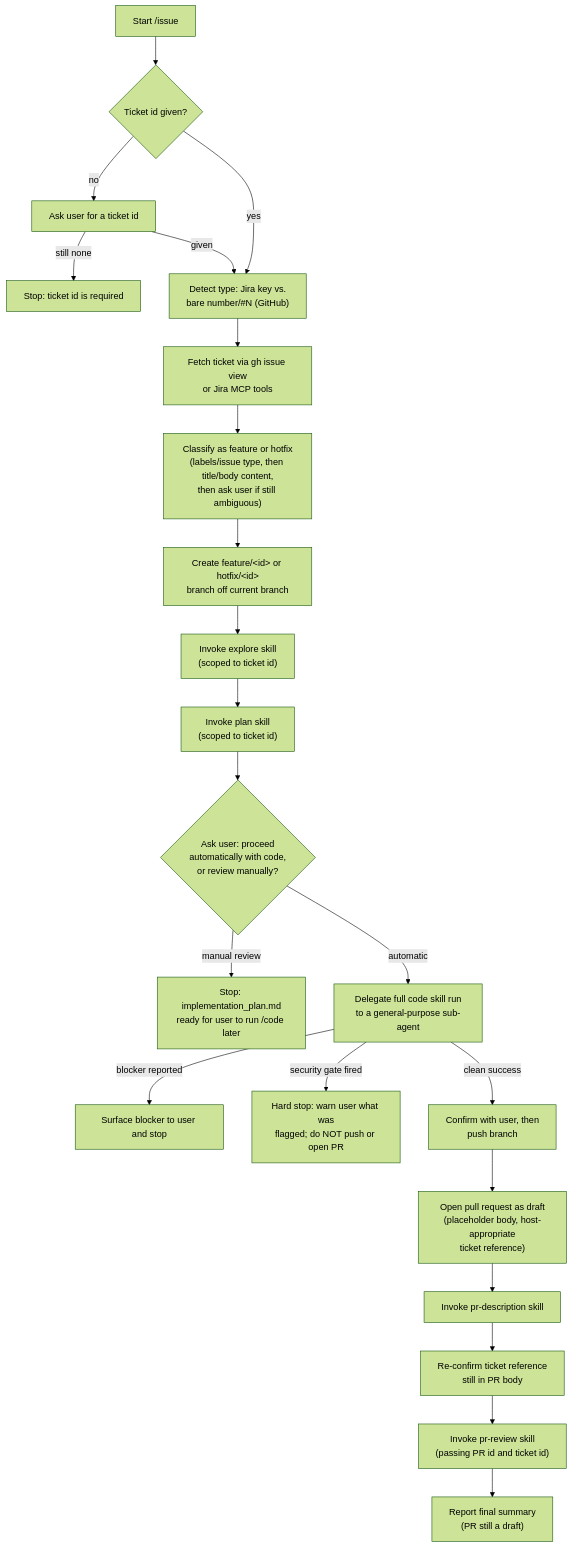
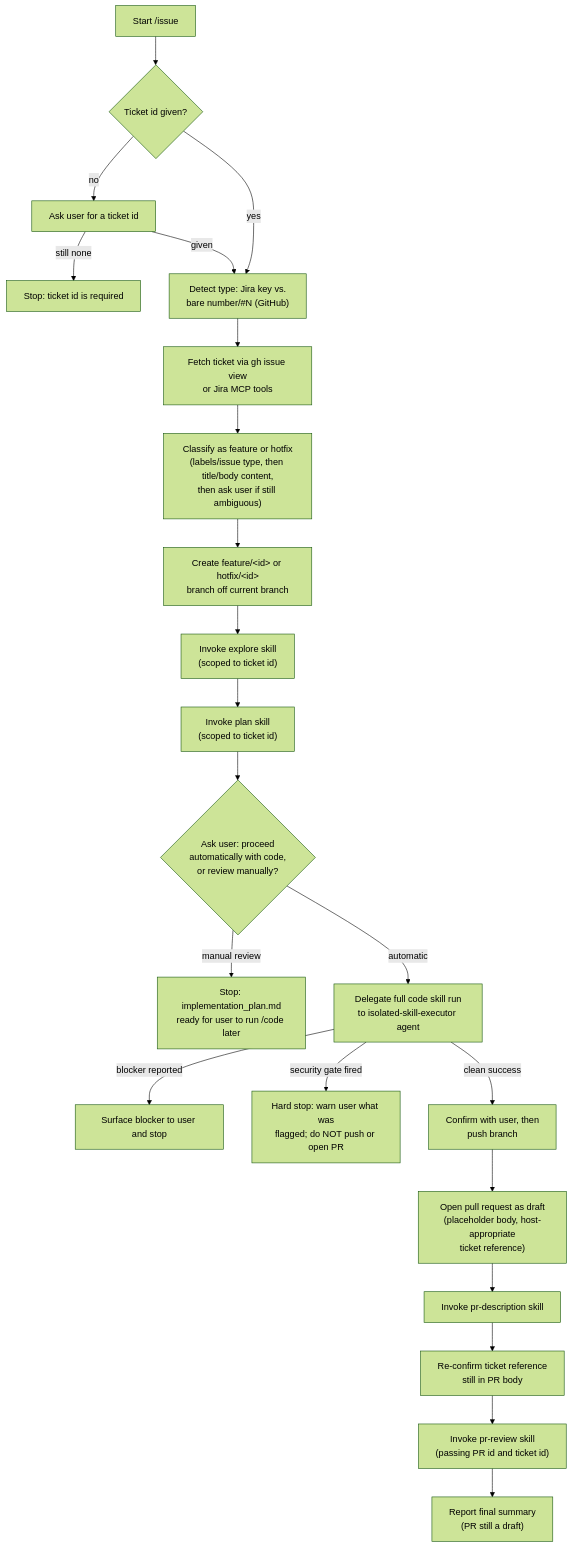
One commit to albertoirurueta/ai-catalog changed the diagram in docs/modules/ROOT/pages/skills/issue.adoc. Above: the diagram before and after it, drawn with Mermaid (forest theme). The commit also changed other lines of this file and 35 other files, not shown here.

```diff
--- a/docs/modules/ROOT/pages/skills/issue.adoc
+++ b/docs/modules/ROOT/pages/skills/issue.adoc
@@ -69,25 +69,25 @@
 [mermaid]
 ....
 flowchart TD
     A[Start /issue] --> B{Ticket id given?}
     B -- no --> C["Ask user for a ticket id"]
     C -- still none --> Z["Stop: ticket id is required"]
     C -- given --> D
     B -- yes --> D["Detect type: Jira key vs.\nbare number/#N (GitHub)"]
     D --> E["Fetch ticket via gh issue view\nor Jira MCP tools"]
     E --> F["Classify as feature or hotfix\n(labels/issue type, then title/body content,\nthen ask user if still ambiguous)"]
     F --> G["Create feature/&lt;id&gt; or hotfix/&lt;id&gt;\nbranch off current branch"]
     G --> H["Invoke explore skill\n(scoped to ticket id)"]
     H --> I["Invoke plan skill\n(scoped to ticket id)"]
     I --> J{"Ask user: proceed\nautomatically with code,\nor review manually?"}
     J -- manual review --> K["Stop: implementation_plan.md\nready for user to run /code later"]
-    J -- automatic --> L["Delegate full code skill run\nto a general-purpose sub-agent"]
+    J -- automatic --> L["Delegate full code skill run\nto isolated-skill-executor agent"]
     L -- blocker reported --> M["Surface blocker to user and stop"]
     L -- security gate fired --> N["Hard stop: warn user what was\nflagged; do NOT push or open PR"]
     L -- clean success --> O["Confirm with user, then\npush branch"]
     O --> P["Open pull request as draft\n(placeholder body, host-appropriate\nticket reference)"]
     P --> Q["Invoke pr-description skill"]
     Q --> R["Re-confirm ticket reference\nstill in PR body"]
     R --> S["Invoke pr-review skill\n(passing PR id and ticket id)"]
     S --> T["Report final summary\n(PR still a draft)"]
 ....
```
